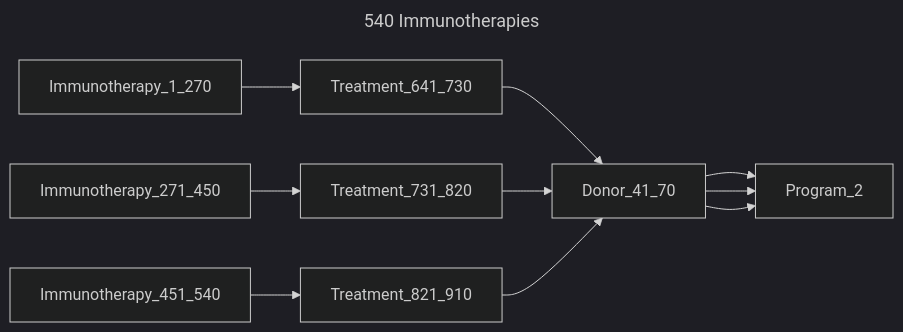
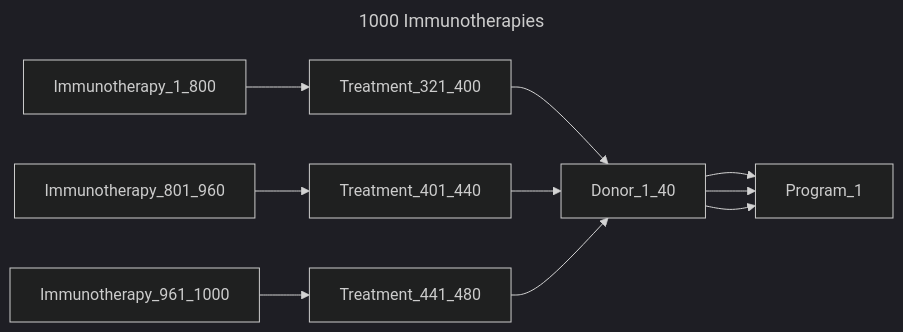
The eighth of 14 diagrams in chord_metadata_service/mohpackets/data/medium_dataset/README.md (bento-platform/katsu), drawn with Mermaid (dark theme) before and after one commit. The commit also changed other lines of this file, not shown here.

````diff
--- a/chord_metadata_service/mohpackets/data/medium_dataset/README.md
+++ b/chord_metadata_service/mohpackets/data/medium_dataset/README.md
@@ -96,9 +95,9 @@
 ```mermaid
 ---
-title: 540 Immunotherapies
+title: 1000 Immunotherapies
 ---
 graph LR;  
-  Immunotherapy_1_270 --> Treatment_641_730 --> Donor_41_70 --> Program_2;
-  Immunotherapy_271_450 --> Treatment_731_820 --> Donor_41_70 --> Program_2;
-  Immunotherapy_451_540 --> Treatment_821_910 --> Donor_41_70 --> Program_2;
+  Immunotherapy_1_800 --> Treatment_321_400 --> Donor_1_40 --> Program_1;  
+  Immunotherapy_801_960 --> Treatment_401_440 --> Donor_1_40 --> Program_1;  
+  Immunotherapy_961_1000 --> Treatment_441_480 --> Donor_1_40 --> Program_1;
 ```
````
